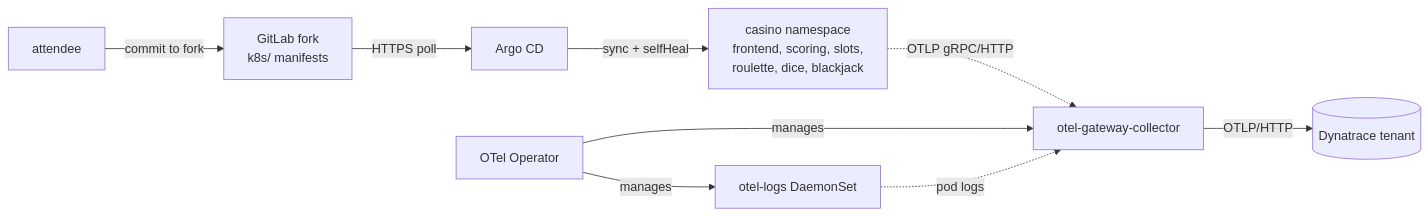
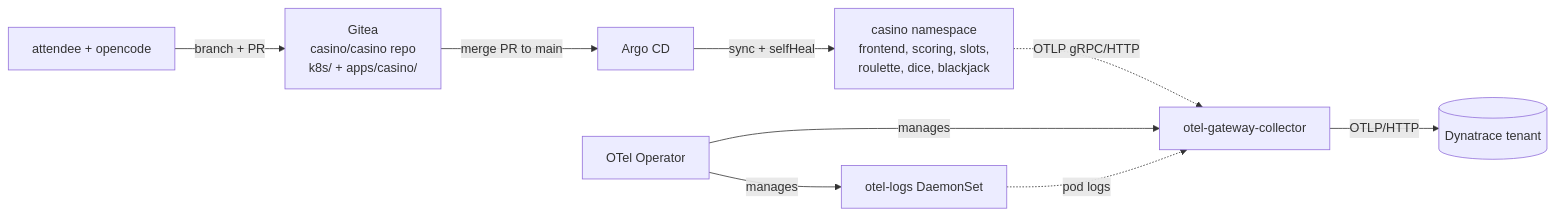
The first of 3 diagrams in docs-site/advanced/environment.md (agardnerIT/Otel-Training), drawn with Mermaid before and after one commit. The commit also changed other lines of this file and 7 other files, not shown here.

First line of the commit message:
docs(advanced): rewrite app-code exercises to opencode→Gitea git loop (ISI-7712)

````diff
--- a/docs-site/advanced/environment.md
+++ b/docs-site/advanced/environment.md
@@ -16,11 +17,11 @@
 ```mermaid
 flowchart LR
-  you["attendee"] -->|commit to fork| gitlab["GitLab fork<br/>k8s/ manifests"]
-  gitlab -->|HTTPS poll| argo["Argo CD"]
+  you["attendee + opencode"] -->|branch + PR| gitea["Gitea<br/>casino/casino repo<br/>k8s/ + apps/casino/"]
+  gitea -->|merge PR to main| argo["Argo CD"]
   argo -->|sync + selfHeal| casino["casino namespace<br/>frontend, scoring, slots,<br/>roulette, dice, blackjack"]
   operator["OTel Operator"] -->|manages| gw["otel-gateway-collector"]
   operator -->|manages| logs["otel-logs DaemonSet"]
   casino -. "OTLP gRPC/HTTP" .-> gw
   logs -. "pod logs" .-> gw
   gw -->|OTLP/HTTP| dt[("Dynatrace tenant")]
 ```
````
